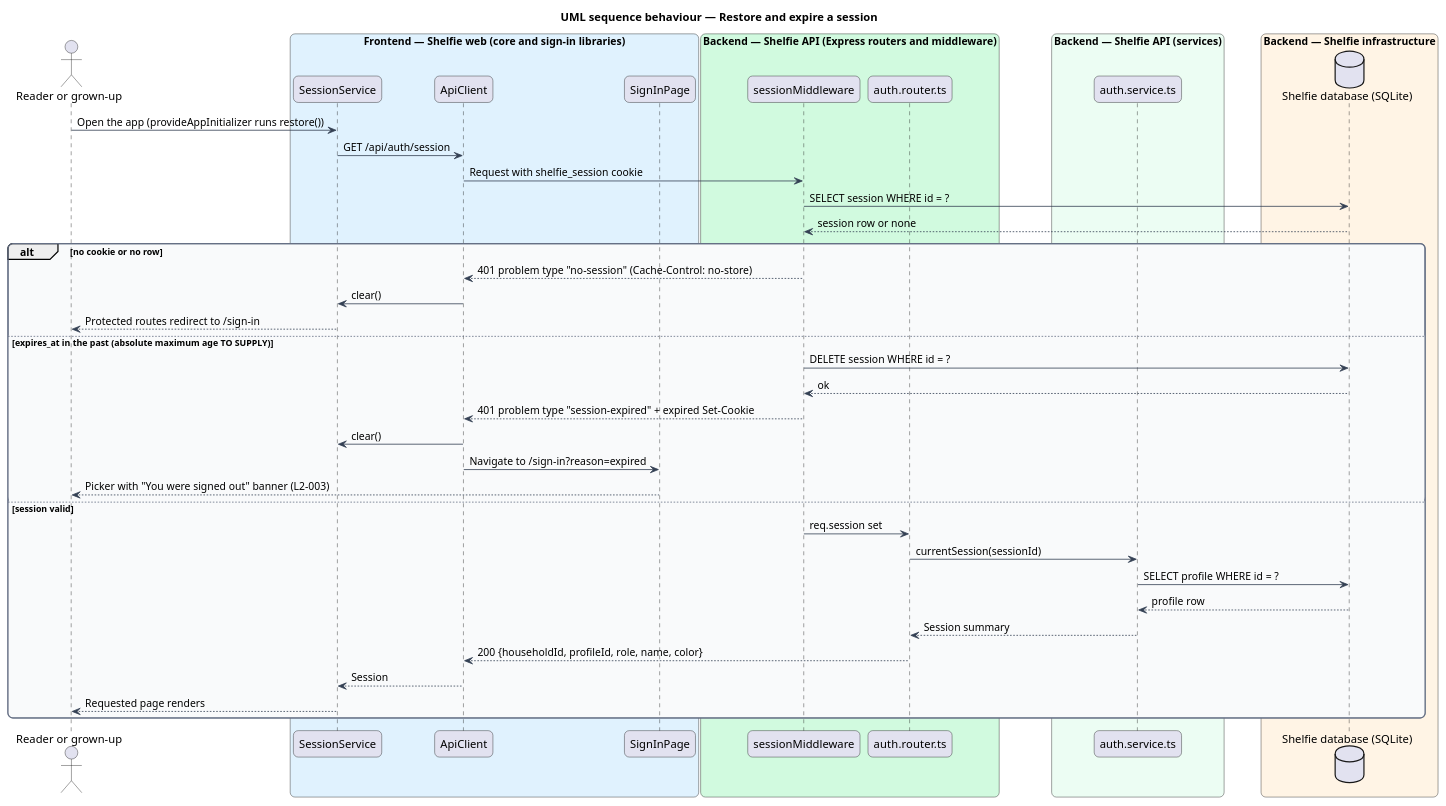
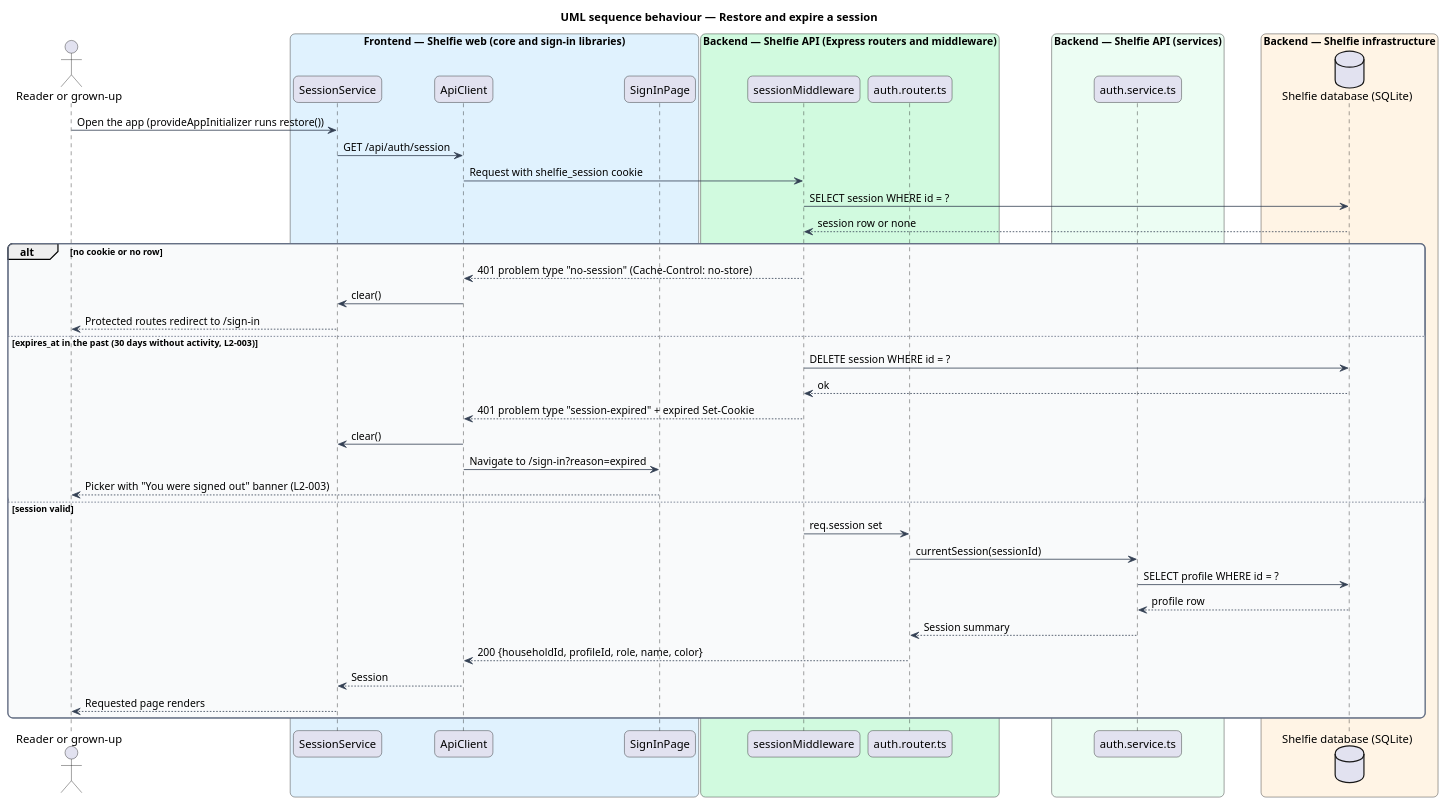
Before and after one commit to QuinntyneBrown/shelfie: the diagram in docs/detailed-designs/sign-in/manage-session/diagrams/sequence-expire-session.puml, drawn with PlantUML. The commit also changed 27 other files, not shown here.

```diff
--- a/docs/detailed-designs/sign-in/manage-session/diagrams/sequence-expire-session.puml
+++ b/docs/detailed-designs/sign-in/manage-session/diagrams/sequence-expire-session.puml
@@ -1,60 +1,60 @@
 @startuml
 title UML sequence behaviour — Restore and expire a session
 skinparam backgroundColor #FFFFFF
 skinparam shadowing false
 skinparam roundcorner 12
 skinparam defaultFontName Arial
 skinparam ArrowColor #344054
 skinparam rectangle {
   BorderColor #344054
   FontColor #101828
 }
 skinparam package {
   BorderColor #667085
   FontColor #101828
   BackgroundColor #F9FAFB
 }
 actor "Reader or grown-up" as person
 box "Frontend — Shelfie web (core and sign-in libraries)" #E0F2FE
   participant "SessionService" as sessionSvc
   participant "ApiClient" as client
   participant "SignInPage" as page
 end box
 box "Backend — Shelfie API (Express routers and middleware)" #D1FADF
   participant "sessionMiddleware" as mw
   participant "auth.router.ts" as router
 end box
 box "Backend — Shelfie API (services)" #ECFDF3
   participant "auth.service.ts" as service
 end box
 box "Backend — Shelfie infrastructure" #FFF4E5
   database "Shelfie database (SQLite)" as db
 end box
 
 person -> sessionSvc : Open the app (provideAppInitializer runs restore())
 sessionSvc -> client : GET /api/auth/session
 client -> mw : Request with shelfie_session cookie
 mw -> db : SELECT session WHERE id = ?
 db --> mw : session row or none
 alt no cookie or no row
   mw --> client : 401 problem type "no-session" (Cache-Control: no-store)
   client -> sessionSvc : clear()
   sessionSvc --> person : Protected routes redirect to /sign-in
-else expires_at in the past (absolute maximum age TO SUPPLY)
+else expires_at in the past (30 days without activity, L2-003)
   mw -> db : DELETE session WHERE id = ?
   db --> mw : ok
   mw --> client : 401 problem type "session-expired" + expired Set-Cookie
   client -> sessionSvc : clear()
   client -> page : Navigate to /sign-in?reason=expired
   page --> person : Picker with "You were signed out" banner (L2-003)
 else session valid
   mw -> router : req.session set
   router -> service : currentSession(sessionId)
   service -> db : SELECT profile WHERE id = ?
   db --> service : profile row
   service --> router : Session summary
   router --> client : 200 {householdId, profileId, role, name, color}
   client --> sessionSvc : Session
   sessionSvc --> person : Requested page renders
 end
 @enduml
```
